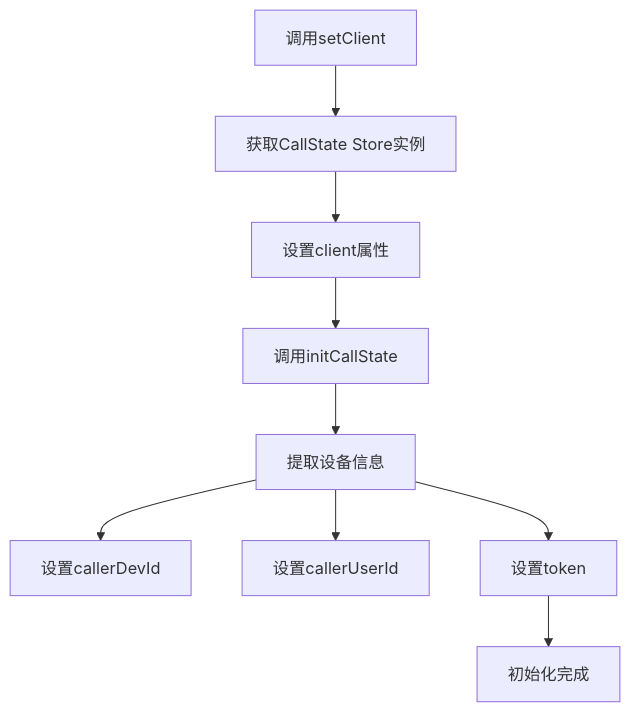
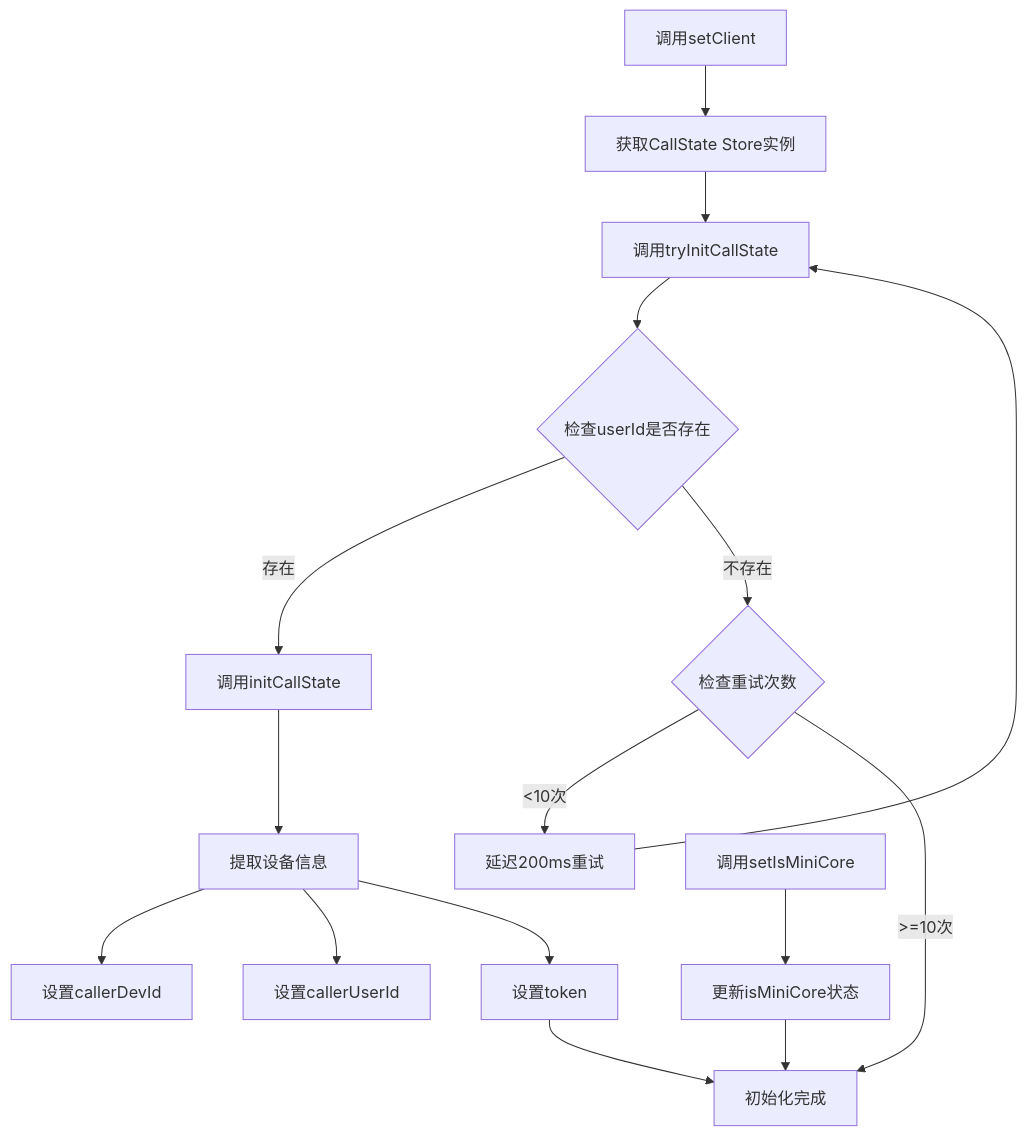
One commit to Easemob-Community/easemob-uikit-callkit-vue3 changed the fourth of 10 diagrams in .qoder/repowiki/zh/content/状态管理/ChatClient Store.md. Above: the diagram before and after it, drawn with Mermaid. The commit also changed other lines of this file and 58 other files, not shown here.

````diff
--- a/.qoder/repowiki/zh/content/状态管理/ChatClient Store.md
+++ b/.qoder/repowiki/zh/content/状态管理/ChatClient Store.md
@@ -177,11 +221,18 @@
 ```mermaid
 flowchart TD
 SetClient[调用setClient] --> GetStore[获取CallState Store实例]
-GetStore --> SetClientProp[设置client属性]
-SetClientProp --> InitCallState[调用initCallState]
+GetStore --> TryInitCallState[调用tryInitCallState]
+TryInitCallState --> CheckUserId{检查userId是否存在}
+CheckUserId --> |存在| InitCallState[调用initCallState]
+CheckUserId --> |不存在| CheckRetryCount{检查重试次数}
+CheckRetryCount --> |<10次| DelayRetry[延迟200ms重试]
+CheckRetryCount --> |>=10次| Complete[初始化完成]
+DelayRetry --> TryInitCallState
 InitCallState --> ExtractDeviceInfo[提取设备信息]
 ExtractDeviceInfo --> SetCallerDevId[设置callerDevId]
 ExtractDeviceInfo --> SetCallerUserId[设置callerUserId]
 ExtractDeviceInfo --> SetToken[设置token]
-SetToken --> Complete[初始化完成]
+SetToken --> Complete
+SetIsMiniCore[调用setIsMiniCore] --> UpdateMiniCore[更新isMiniCore状态]
+UpdateMiniCore --> Complete
 ```
````
